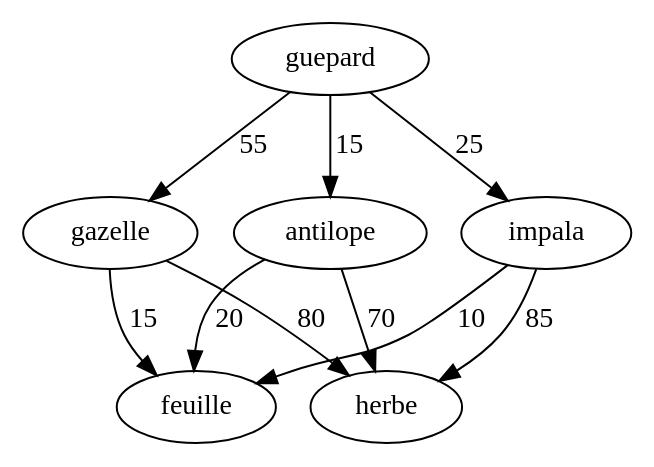
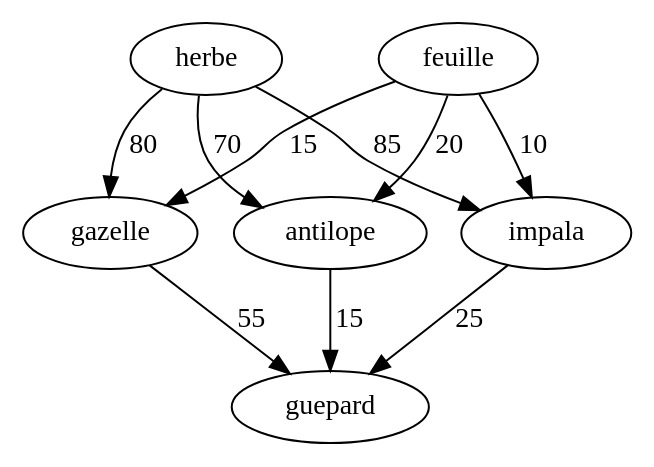
The diagram in projet_th/cmake-build-debug/guepard.dot (Thierryhuang12/projetTG), drawn with Graphviz before and after one commit. The commit also changed 9 other files, not shown here.

```diff
--- a/projet_th/cmake-build-debug/guepard.dot
+++ b/projet_th/cmake-build-debug/guepard.dot
@@ -1,11 +1,11 @@
 digraph mongraphe {
-    guepard -> gazelle [label="55"];
-    guepard -> impala [label="25"];
-    guepard -> antilope [label="15"];
-    gazelle -> herbe [label="80"];
-    gazelle -> feuille [label="15"];
-    impala -> herbe [label="85"];
-    impala -> feuille [label="10"];
-    antilope -> herbe [label="70"];
-    antilope -> feuille [label="20"];
+    gazelle -> guepard [label="55"];
+    impala -> guepard [label="25"];
+    antilope -> guepard [label="15"];
+    herbe -> gazelle [label="80"];
+    feuille -> gazelle [label="15"];
+    herbe -> impala [label="85"];
+    feuille -> impala [label="10"];
+    herbe -> antilope [label="70"];
+    feuille -> antilope [label="20"];
 }
```
